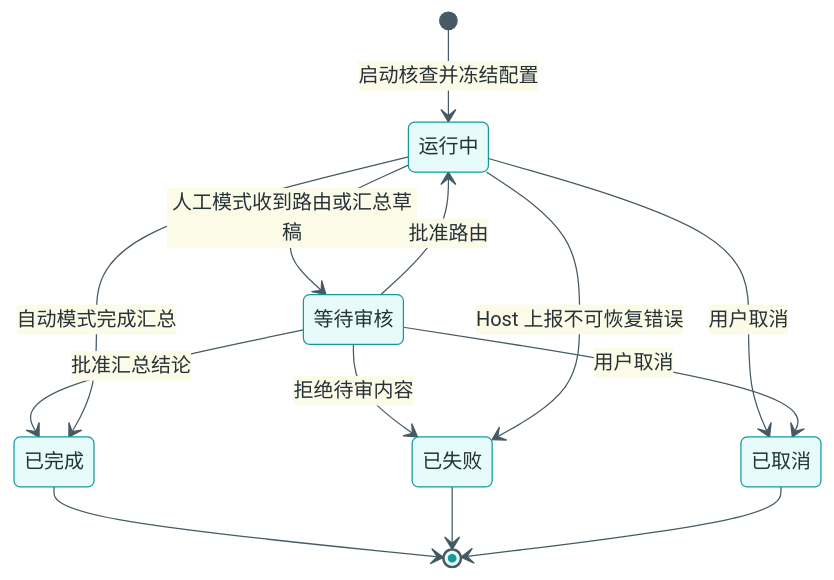
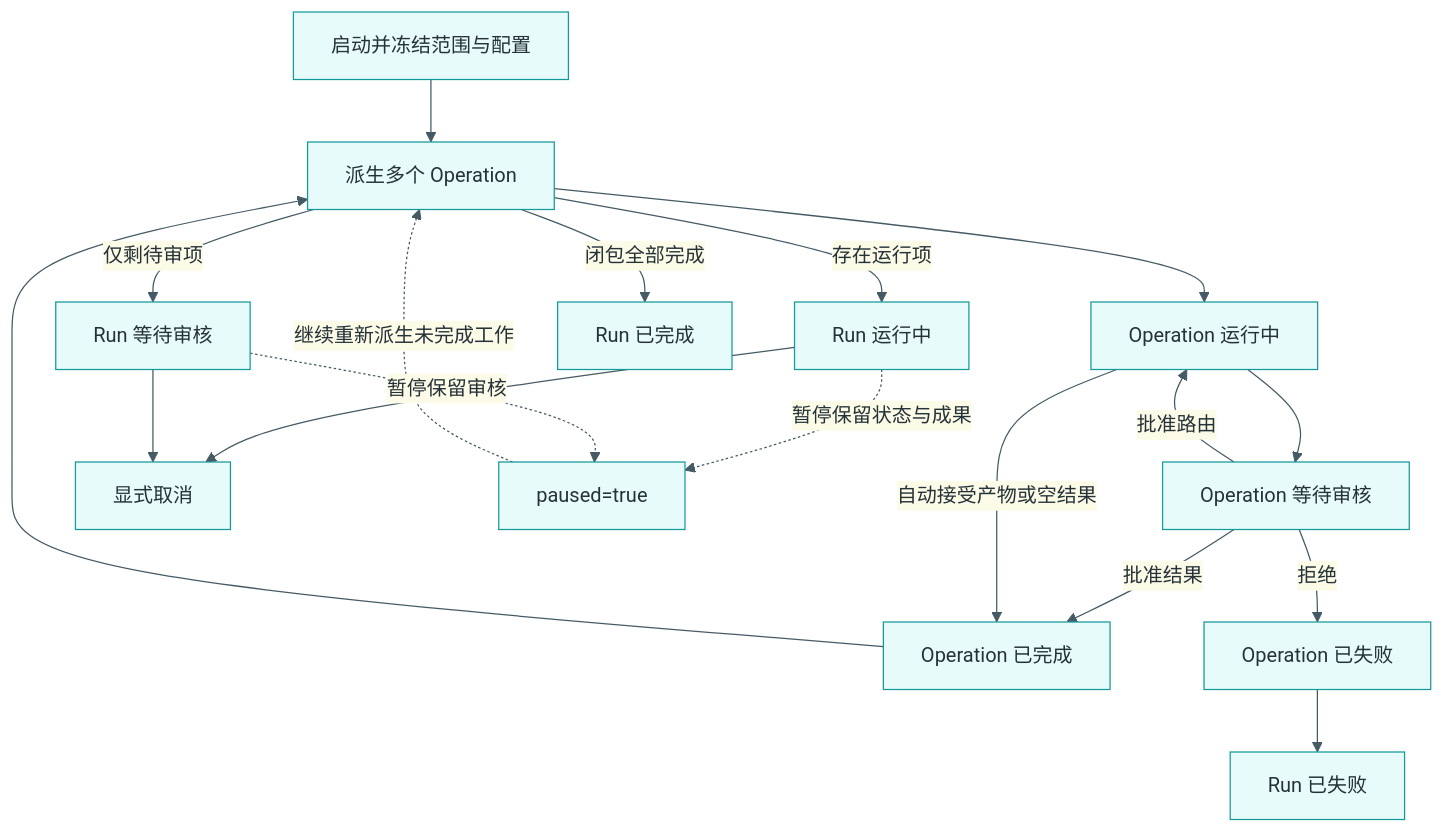
Before and after one commit to AUSIO2/ChongMing: the diagram in technical-docs/chongming-graph/diagrams/ST-01-run-state.mmd, drawn with Mermaid. The commit also changed 57 other files, not shown here.

```diff
--- a/technical-docs/chongming-graph/diagrams/ST-01-run-state.mmd
+++ b/technical-docs/chongming-graph/diagrams/ST-01-run-state.mmd
@@ -1,17 +1,25 @@
 %% Diagram: ST-01
-%% Commit: b5b6df5af5367b1147f0311c6fe96f1cf0fbf903
-%% Scope: GraphRun 与 GraphReview 状态
-%%{init: {"theme": "base", "themeVariables": {"primaryColor": "#e8fbfb", "primaryBorderColor": "#159a9c", "primaryTextColor": "#263238", "lineColor": "#455a64", "actorBkg": "#e8fbfb", "actorBorder": "#159a9c", "actorTextColor": "#263238", "signalColor": "#455a64", "signalTextColor": "#263238", "labelBoxBkgColor": "#f2ffff", "labelBoxBorderColor": "#159a9c", "labelTextColor": "#263238", "noteBkgColor": "#f2ffff", "noteBorderColor": "#159a9c", "noteTextColor": "#263238"}}}%%
-stateDiagram-v2
-  [*] --> 运行中: 启动核查并冻结配置
-  运行中 --> 等待审核: 人工模式收到路由或汇总草稿
-  等待审核 --> 运行中: 批准路由
-  等待审核 --> 已完成: 批准汇总结论
-  等待审核 --> 已失败: 拒绝待审内容
-  运行中 --> 已完成: 自动模式完成汇总
-  运行中 --> 已失败: Host 上报不可恢复错误
-  运行中 --> 已取消: 用户取消
-  等待审核 --> 已取消: 用户取消
-  已完成 --> [*]
-  已失败 --> [*]
-  已取消 --> [*]
+%% Base commit: 1ae38fa93d616fb2b32bfa567808b2d7c61d347e
+%% Snapshot: cbc2b902e029abb2fca2c960f2e18245ba5a201cd58f2b531366074fbab6a02d
+%% Scope: Run aggregate state, Operation state and orthogonal pause
+%%{init: {"theme": "base", "themeVariables": {"primaryColor": "#e8fbfb", "primaryBorderColor": "#159a9c", "primaryTextColor": "#263238", "lineColor": "#455a64"}}}%%
+flowchart TB
+  S[启动并冻结范围与配置] --> D[派生多个 Operation]
+  D --> OR[Operation 运行中]
+  OR --> OW[Operation 等待审核]
+  OW -->|批准路由| OR
+  OW -->|批准结果| OC[Operation 已完成]
+  OW -->|拒绝| OF[Operation 已失败]
+  OR -->|自动接受产物或空结果| OC
+  OC --> D
+  D -->|存在运行项| RR[Run 运行中]
+  D -->|仅剩待审项| RW[Run 等待审核]
+  D -->|闭包全部完成| RC[Run 已完成]
+  OF --> RF[Run 已失败]
+  RR --> X[显式取消]
+  RW --> X
+  RR -.暂停保留状态与成果.-> P[paused=true]
+  RW -.暂停保留审核.-> P
+  P -.继续重新派生未完成工作.-> D
+  classDef c fill:#e8fbfb,stroke:#159a9c,color:#263238;
+  class S,D,OR,OW,OC,OF,RR,RW,RC,RF,X,P c;
```
